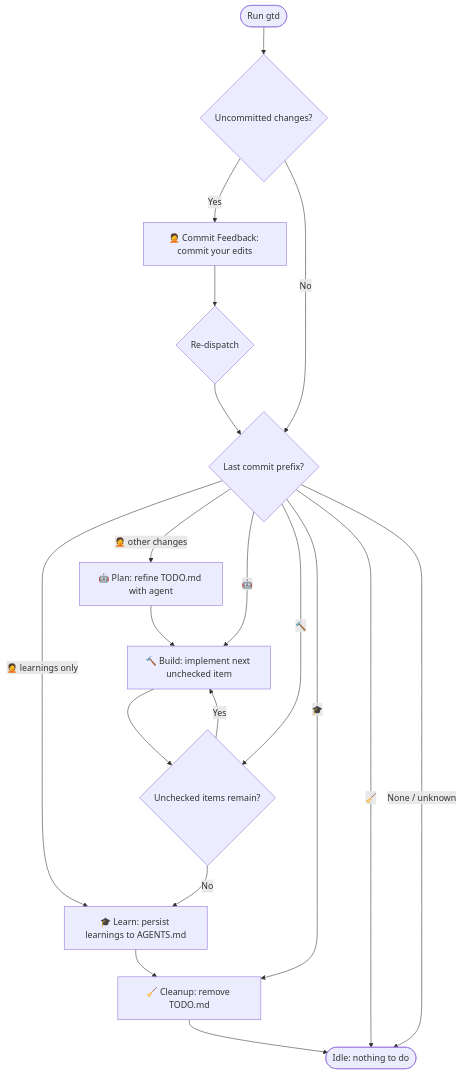
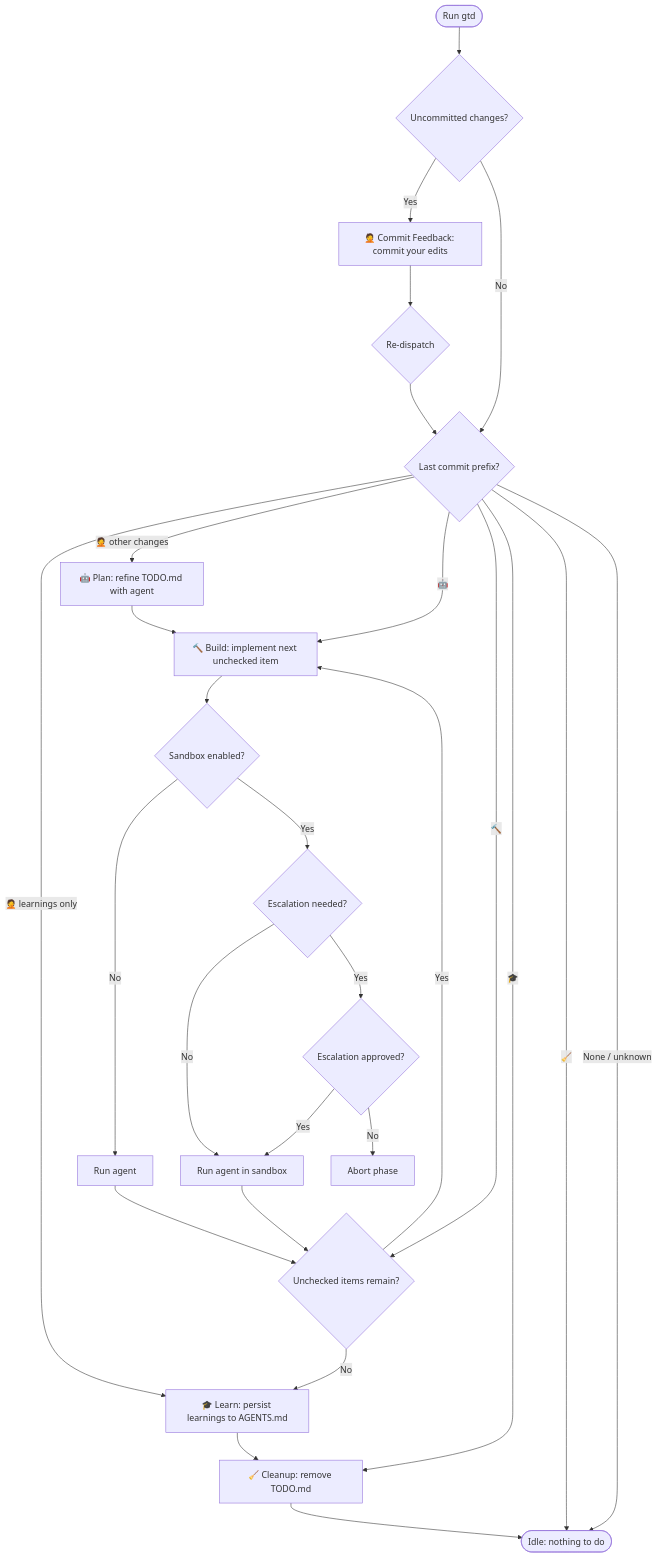
Before and after one commit to pmelab/gtd: the diagram in README.md, drawn with Mermaid. The commit also changed other lines of this file and 2 other files, not shown here.

Commit message:
🔨 add sandbox runtime docs, config, and tests

````diff
--- a/README.md
+++ b/README.md
@@ -19,21 +19,30 @@
 ```mermaid
 flowchart TD
     Start([Run gtd]) --> Uncommitted{Uncommitted changes?}
     Uncommitted -->|Yes| Feedback["🤦 Commit Feedback: commit your edits"]
     Uncommitted -->|No| CheckLast{Last commit prefix?}
     Feedback --> ReDispatch{Re-dispatch}
     ReDispatch --> CheckLast
     CheckLast -->|🤦 learnings only| Learn["🎓 Learn: persist learnings to AGENTS.md"]
     CheckLast -->|🤦 other changes| Plan["🤖 Plan: refine TODO.md with agent"]
     Plan --> Build["🔨 Build: implement next unchecked item"]
     CheckLast -->|🤖| Build
-    Build --> ItemsLeft{Unchecked items remain?}
+    Build --> SandboxCheck{Sandbox enabled?}
+    SandboxCheck -->|No| RunAgent[Run agent]
+    SandboxCheck -->|Yes| BoundaryCheck{Escalation needed?}
+    BoundaryCheck -->|No| RunSandboxed[Run agent in sandbox]
+    BoundaryCheck -->|Yes| Approval{Escalation approved?}
+    Approval -->|Yes| RunSandboxed
+    Approval -->|No| Deny[Abort phase]
+    RunAgent --> ItemsLeft
+    RunSandboxed --> ItemsLeft
+    ItemsLeft{Unchecked items remain?}
     CheckLast -->|🔨| ItemsLeft
     ItemsLeft -->|Yes| Build
     ItemsLeft -->|No| Learn
     Learn --> Cleanup["🧹 Cleanup: remove TODO.md"]
     CheckLast -->|🎓| Cleanup
     Cleanup --> Idle([Idle: nothing to do])
     CheckLast -->|🧹| Idle
     CheckLast -->|None / unknown| Idle
 ```
````
